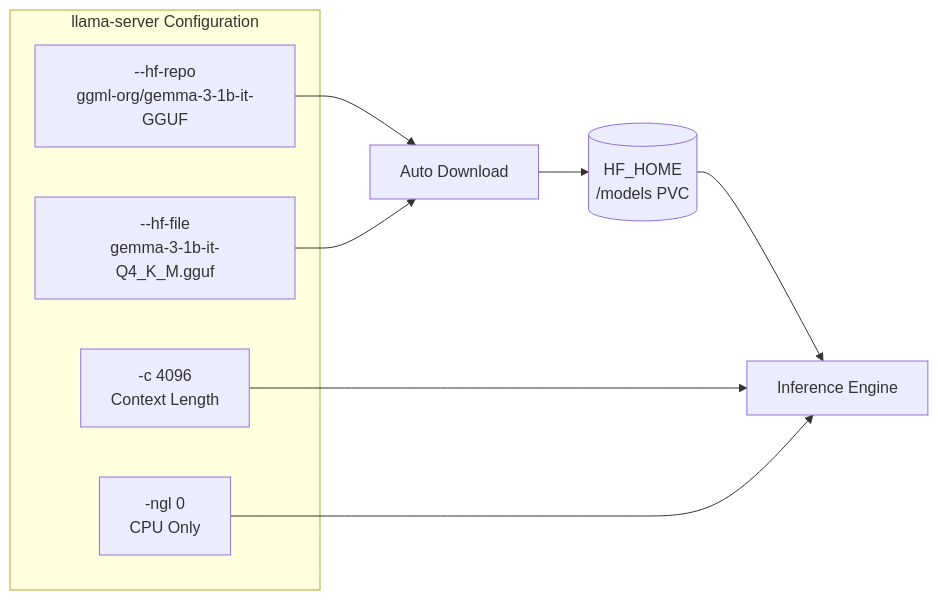
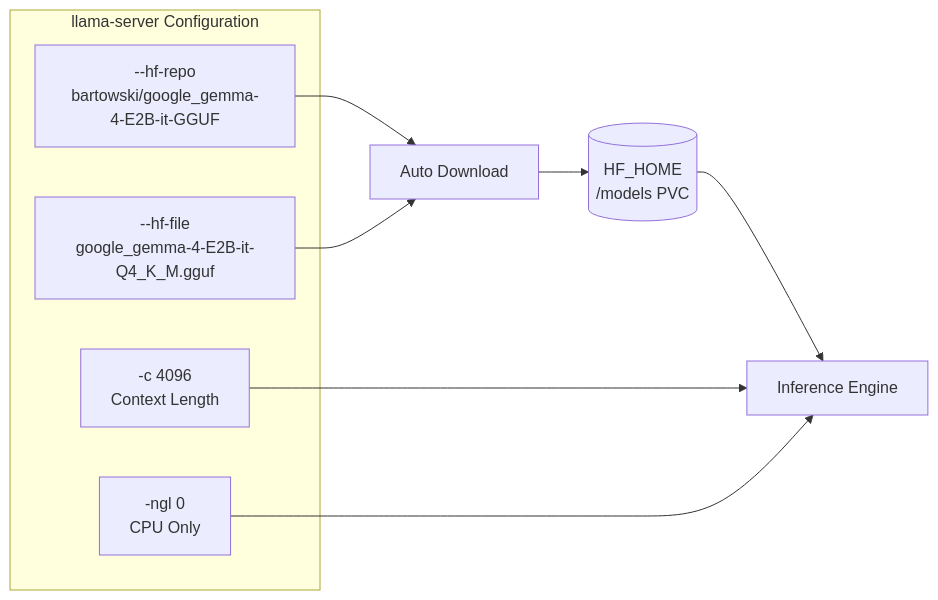
Before and after one commit to nsudhanva/k8s-oracle: the fourth of 7 diagrams in docs/src/content/docs/architecture/gemma-llm.mdx, drawn with Mermaid. The commit also changed other lines of this file and 10 other files, not shown here.

````diff
--- a/docs/src/content/docs/architecture/gemma-llm.mdx
+++ b/docs/src/content/docs/architecture/gemma-llm.mdx
@@ -239,16 +239,16 @@
 ```mermaid
 flowchart LR
     subgraph Config["llama-server Configuration"]
-        HFRepo["--hf-repo<br/>ggml-org/gemma-3-1b-it-GGUF"]
-        HFFile["--hf-file<br/>gemma-3-1b-it-Q4_K_M.gguf"]
+        HFRepo["--hf-repo<br/>bartowski/google_gemma-4-E2B-it-GGUF"]
+        HFFile["--hf-file<br/>google_gemma-4-E2B-it-Q4_K_M.gguf"]
         Context["-c 4096<br/>Context Length"]
         GPU["-ngl 0<br/>CPU Only"]
     end
 
     HFRepo --> Download[Auto Download]
     HFFile --> Download
     Download --> Cache[(HF_HOME<br/>/models PVC)]
     Cache --> Inference[Inference Engine]
     Context --> Inference
     GPU --> Inference
 ```
````
